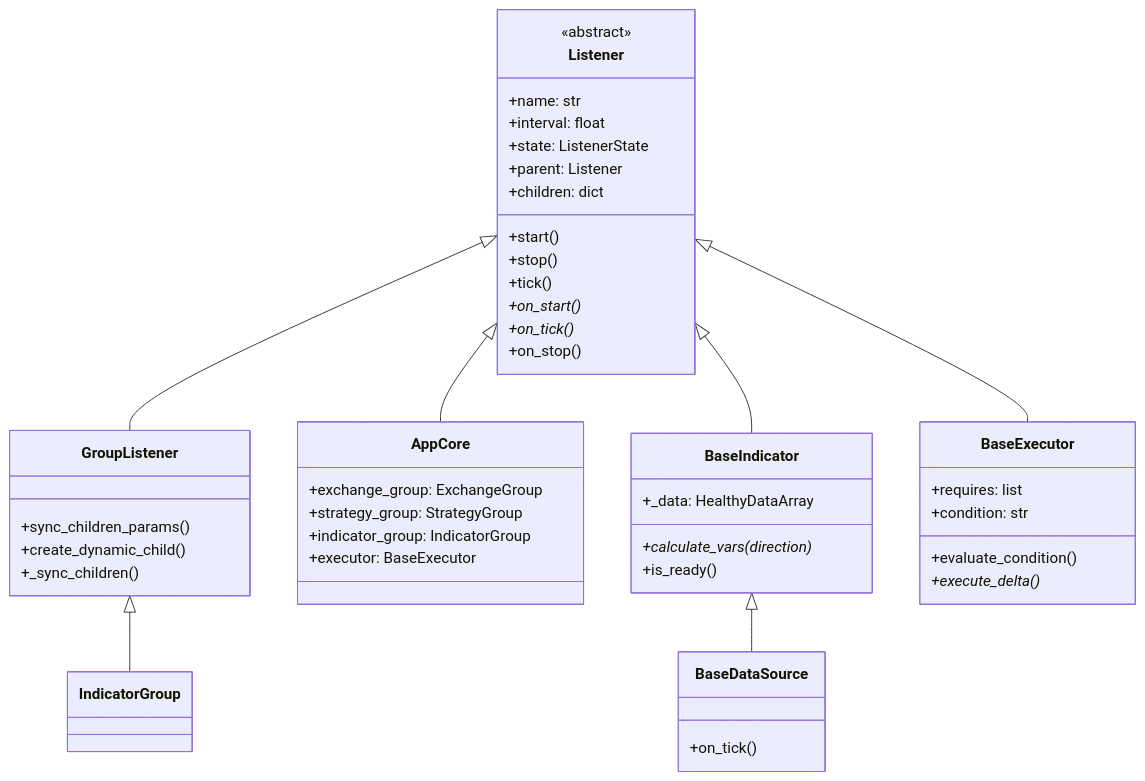
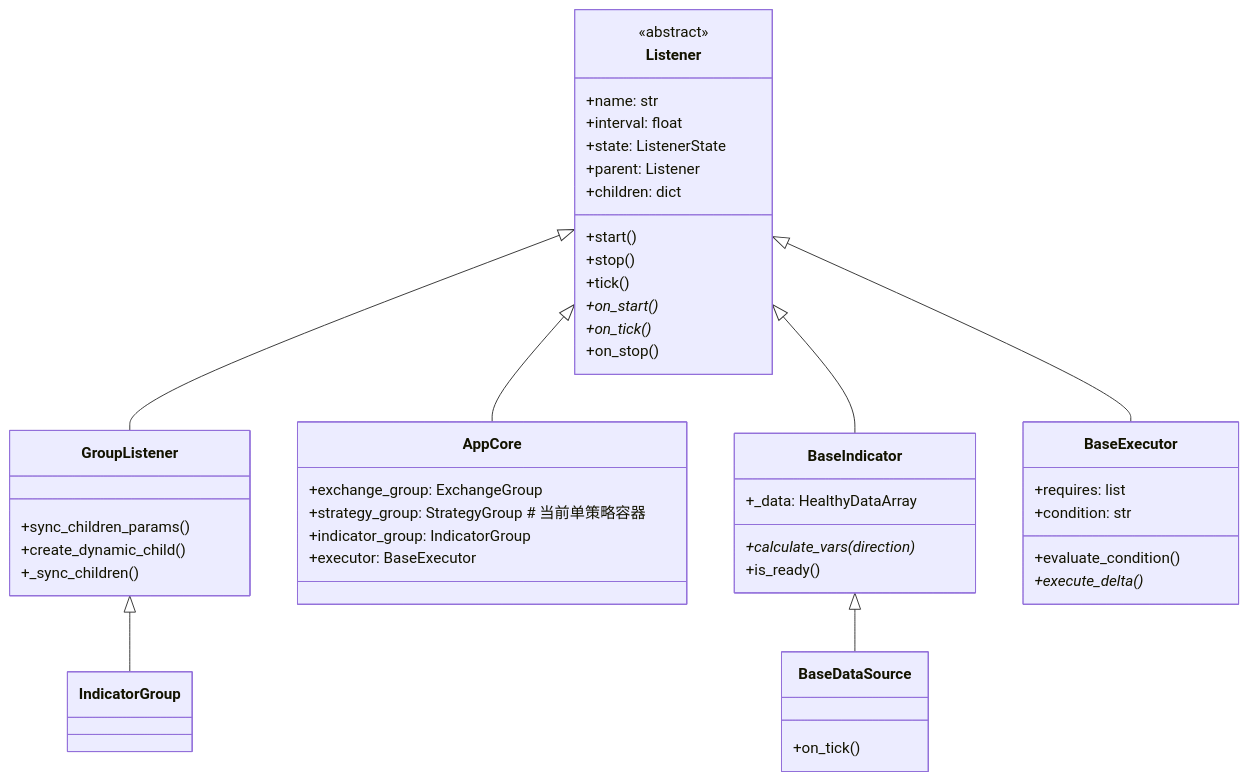
Before and after one commit to invoker-bot/HFT-Python: the first of 3 diagrams in docs/architecture.md, drawn with Mermaid. The commit also changed other lines of this file and 60 other files, not shown here.

````diff
--- a/docs/architecture.md
+++ b/docs/architecture.md
@@ -80,54 +90,54 @@
 ```mermaid
 classDiagram
     class Listener {
         <<abstract>>
         +name: str
         +interval: float
         +state: ListenerState
         +parent: Listener
         +children: dict
         +start()
         +stop()
         +tick()
         +on_start()*
         +on_tick()*
         +on_stop()
     }
 
     class GroupListener {
         +sync_children_params()
         +create_dynamic_child()
         +_sync_children()
     }
 
     class AppCore {
         +exchange_group: ExchangeGroup
-        +strategy_group: StrategyGroup
+        +strategy_group: StrategyGroup  # 当前单策略容器
         +indicator_group: IndicatorGroup
         +executor: BaseExecutor
     }
 
     class BaseIndicator {
         +_data: HealthyDataArray
         +calculate_vars(direction)*
         +is_ready()
     }
 
     class BaseDataSource {
         +on_tick()
     }
 
     class BaseExecutor {
         +requires: list
         +condition: str
         +evaluate_condition()
         +execute_delta()*
     }
 
     Listener <|-- GroupListener
     Listener <|-- AppCore
     Listener <|-- BaseIndicator
     Listener <|-- BaseExecutor
     GroupListener <|-- IndicatorGroup
     BaseIndicator <|-- BaseDataSource
 ```
````
